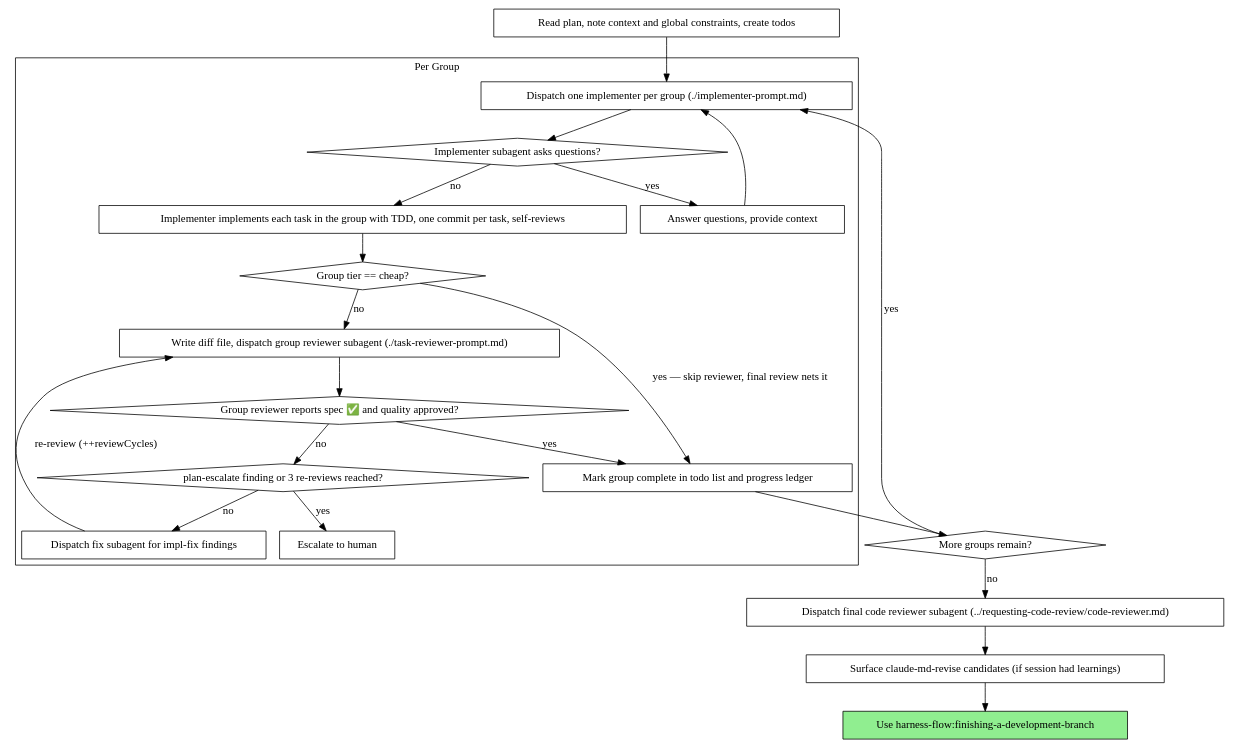
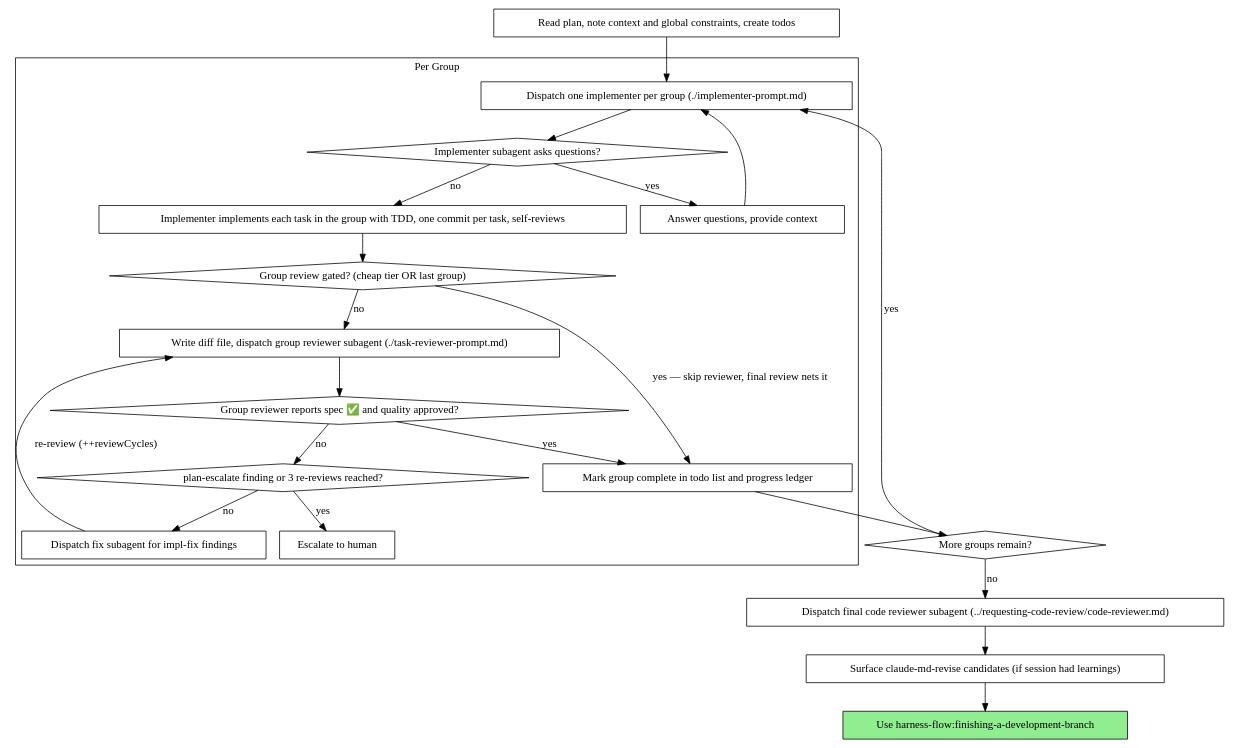
The second of 2 diagrams in skills/subagent-driven-development/SKILL.md (wonjinsin/harness-flow), drawn with Graphviz before and after one commit. The commit also changed other lines of this file and 7 other files, not shown here.

First line of the commit message:
feat(sdd): review gating v2 — position gating, all-cheap final-review tiering, verify-fix re-reviews, A-lite slimming (1.1.8)

````diff
--- a/skills/subagent-driven-development/SKILL.md
+++ b/skills/subagent-driven-development/SKILL.md
@@ -56,46 +56,46 @@
 ```dot
 digraph process {
     rankdir=TB;
 
     subgraph cluster_per_group {
         label="Per Group";
         "Dispatch one implementer per group (./implementer-prompt.md)" [shape=box];
         "Implementer subagent asks questions?" [shape=diamond];
         "Answer questions, provide context" [shape=box];
         "Implementer implements each task in the group with TDD, one commit per task, self-reviews" [shape=box];
-        "Group tier == cheap?" [shape=diamond];
+        "Group review gated? (cheap tier OR last group)" [shape=diamond];
         "Write diff file, dispatch group reviewer subagent (./task-reviewer-prompt.md)" [shape=box];
         "Group reviewer reports spec ✅ and quality approved?" [shape=diamond];
         "plan-escalate finding or 3 re-reviews reached?" [shape=diamond];
         "Escalate to human" [shape=box];
         "Dispatch fix subagent for impl-fix findings" [shape=box];
         "Mark group complete in todo list and progress ledger" [shape=box];
     }
 
     "Read plan, note context and global constraints, create todos" [shape=box];
     "More groups remain?" [shape=diamond];
     "Dispatch final code reviewer subagent (../requesting-code-review/code-reviewer.md)" [shape=box];
     "Surface claude-md-revise candidates (if session had learnings)" [shape=box];
     "Use harness-flow:finishing-a-development-branch" [shape=box style=filled fillcolor=lightgreen];
 
     "Read plan, note context and global constraints, create todos" -> "Dispatch one implementer per group (./implementer-prompt.md)";
     "Dispatch one implementer per group (./implementer-prompt.md)" -> "Implementer subagent asks questions?";
     "Implementer subagent asks questions?" -> "Answer questions, provide context" [label="yes"];
     "Answer questions, provide context" -> "Dispatch one implementer per group (./implementer-prompt.md)";
     "Implementer subagent asks questions?" -> "Implementer implements each task in the group with TDD, one commit per task, self-reviews" [label="no"];
-    "Implementer implements each task in the group with TDD, one commit per task, self-reviews" -> "Group tier == cheap?";
-    "Group tier == cheap?" -> "Mark group complete in todo list and progress ledger" [label="yes — skip reviewer, final review nets it"];
-    "Group tier == cheap?" -> "Write diff file, dispatch group reviewer subagent (./task-reviewer-prompt.md)" [label="no"];
+    "Implementer implements each task in the group with TDD, one commit per task, self-reviews" -> "Group review gated? (cheap tier OR last group)";
+    "Group review gated? (cheap tier OR last group)" -> "Mark group complete in todo list and progress ledger" [label="yes — skip reviewer, final review nets it"];
+    "Group review gated? (cheap tier OR last group)" -> "Write diff file, dispatch group reviewer subagent (./task-reviewer-prompt.md)" [label="no"];
     "Write diff file, dispatch group reviewer subagent (./task-reviewer-prompt.md)" -> "Group reviewer reports spec ✅ and quality approved?";
     "Group reviewer reports spec ✅ and quality approved?" -> "plan-escalate finding or 3 re-reviews reached?" [label="no"];
     "plan-escalate finding or 3 re-reviews reached?" -> "Escalate to human" [label="yes"];
     "plan-escalate finding or 3 re-reviews reached?" -> "Dispatch fix subagent for impl-fix findings" [label="no"];
     "Dispatch fix subagent for impl-fix findings" -> "Write diff file, dispatch group reviewer subagent (./task-reviewer-prompt.md)" [label="re-review (++reviewCycles)"];
     "Group reviewer reports spec ✅ and quality approved?" -> "Mark group complete in todo list and progress ledger" [label="yes"];
     "Mark group complete in todo list and progress ledger" -> "More groups remain?";
     "More groups remain?" -> "Dispatch one implementer per group (./implementer-prompt.md)" [label="yes"];
     "More groups remain?" -> "Dispatch final code reviewer subagent (../requesting-code-review/code-reviewer.md)" [label="no"];
     "Dispatch final code reviewer subagent (../requesting-code-review/code-reviewer.md)" -> "Surface claude-md-revise candidates (if session had learnings)";
     "Surface claude-md-revise candidates (if session had learnings)" -> "Use harness-flow:finishing-a-development-branch";
 }
 ```
````
